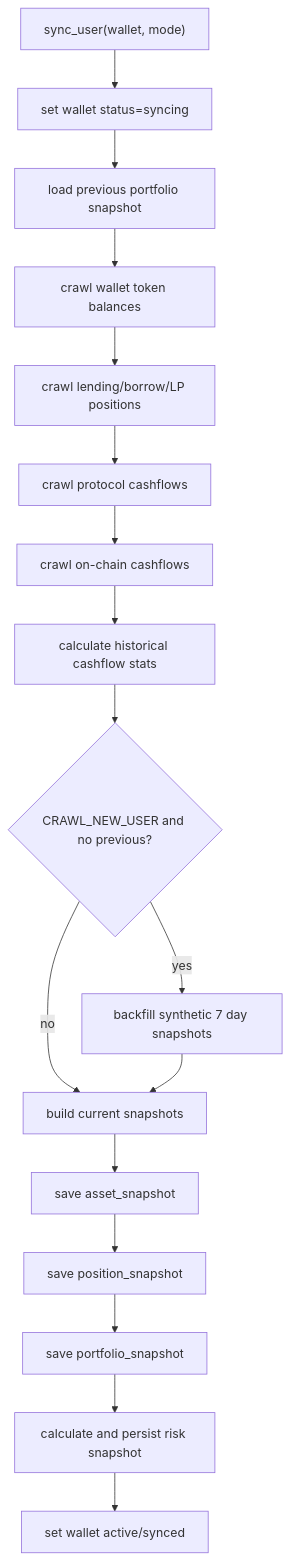
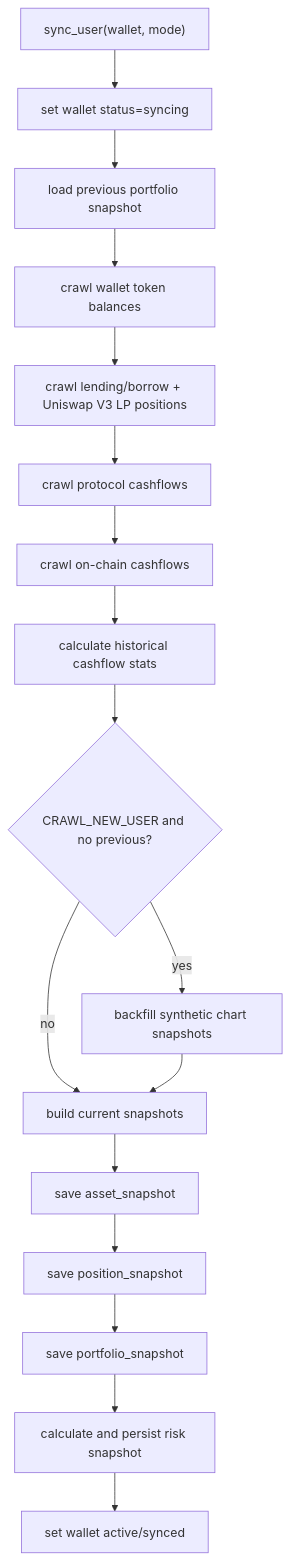
One commit to vannt-004/defi-intent-flow changed the third of 5 diagrams in docs/PROJECT_DOCUMENTATION.md. Above: the diagram before and after it, drawn with Mermaid. The commit also changed other lines of this file and 49 other files, not shown here.

````diff
--- a/docs/PROJECT_DOCUMENTATION.md
+++ b/docs/PROJECT_DOCUMENTATION.md
@@ -188,19 +285,19 @@
 ```mermaid
 flowchart TD
     A["sync_user(wallet, mode)"] --> B["set wallet status=syncing"]
     B --> C["load previous portfolio snapshot"]
     C --> D["crawl wallet token balances"]
-    D --> E["crawl lending/borrow/LP positions"]
+    D --> E["crawl lending/borrow + Uniswap V3 LP positions"]
     E --> F["crawl protocol cashflows"]
     F --> G["crawl on-chain cashflows"]
     G --> H["calculate historical cashflow stats"]
     H --> I{"CRAWL_NEW_USER and no previous?"}
-    I -- yes --> J["backfill synthetic 7 day snapshots"]
+    I -- yes --> J["backfill synthetic chart snapshots"]
     I -- no --> K["build current snapshots"]
     J --> K
     K --> L["save asset_snapshot"]
     L --> M["save position_snapshot"]
     M --> N["save portfolio_snapshot"]
     N --> O["calculate and persist risk snapshot"]
     O --> P["set wallet active/synced"]
 ```
````
